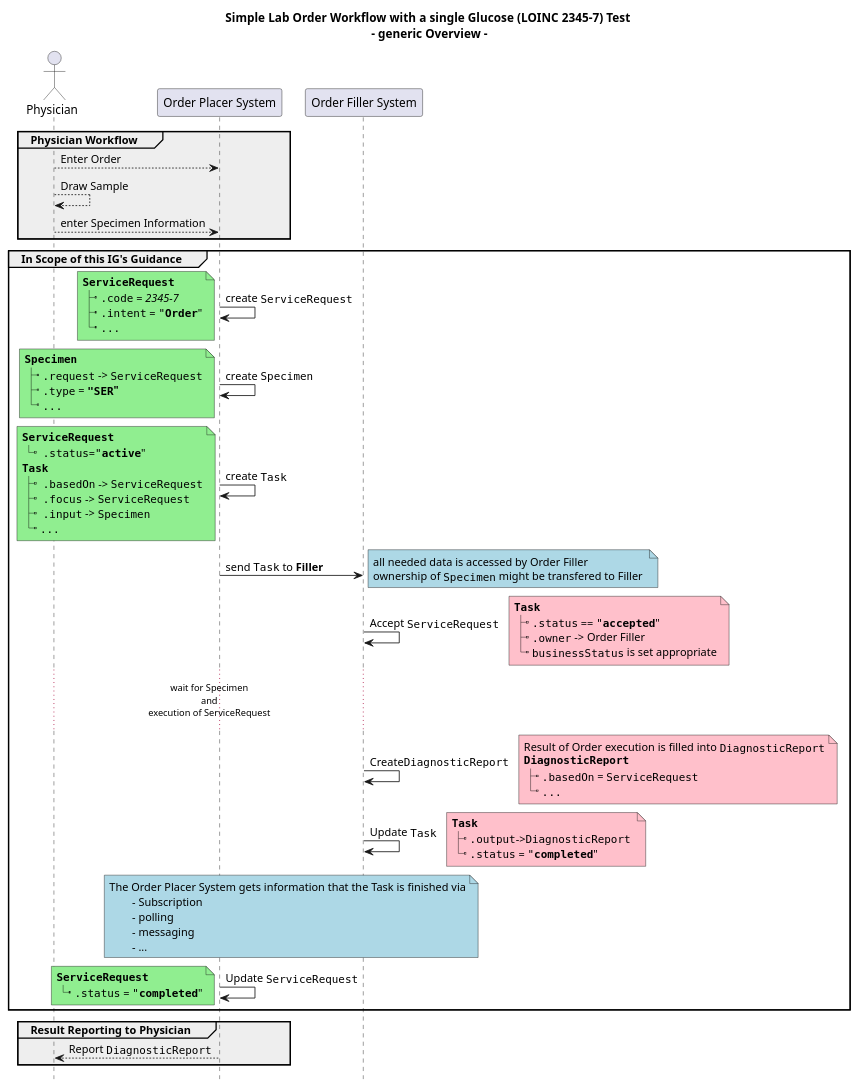
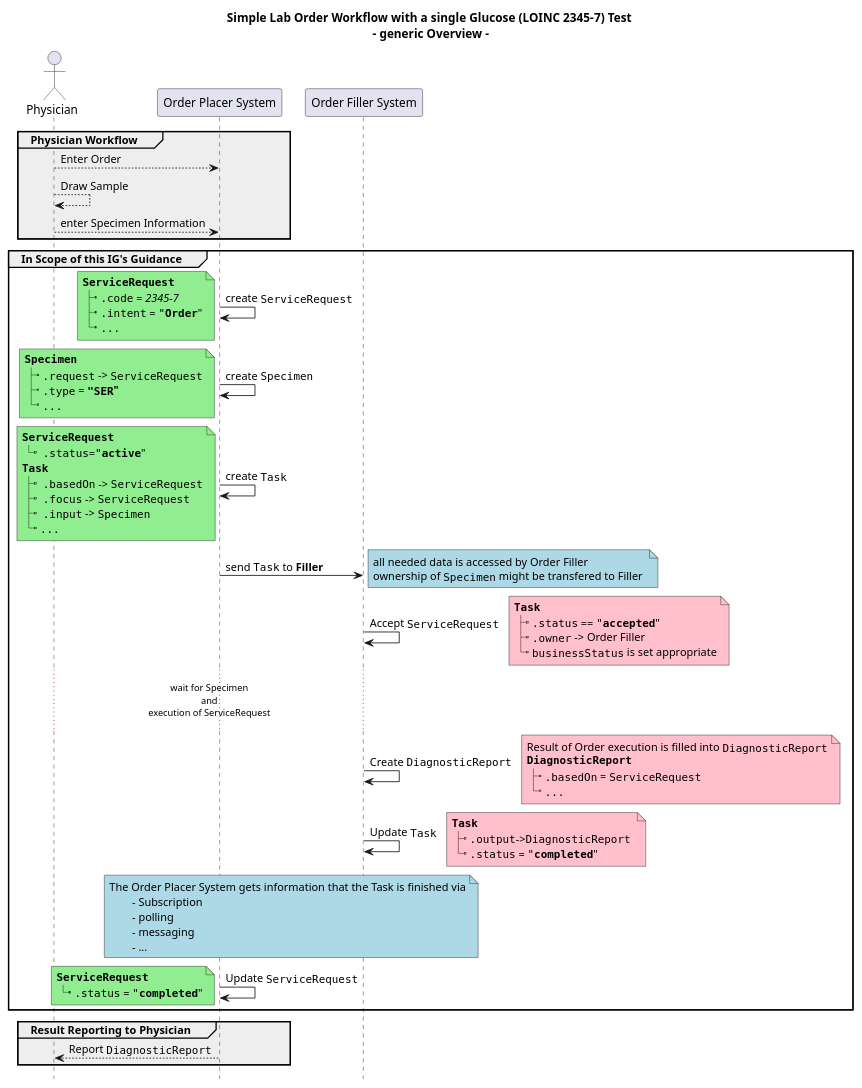
Before and after one commit to HL7/fhir-cow-ig: the diagram in input/images-source/ex1-simple-lab-order-flow.plantuml, drawn with PlantUML.

Commit message:
Update ex1-simple-lab-order-flow.plantuml
Pretty print of plantuml file

```diff
--- a/input/images-source/ex1-simple-lab-order-flow.plantuml
+++ b/input/images-source/ex1-simple-lab-order-flow.plantuml
@@ -1,114 +1,114 @@
 @startuml
 
 'skinparam sequenceMessageAlign center
 title 
 	Simple Lab Order Workflow with a single Glucose (LOINC 2345-7) Test 
 	- generic Overview -
 end title
 hide footbox
 
 'note across #turquoise
 '	**Assumptions:**
 '	- Physician knows which Specimen to draw (i.e. via an Order Catalog)
 '	- Specimen is drawn at the Physician office
 '	- It is clear which Order Filler will execute the Order
 '	- ""ServiceRequest"" is owned by the Order Placer; changes are allowed only to be done by Placer
 '	- ""Task"" is a shared resource of Placer and Filler and updated by both
 '	- Order Result is reported via ""DiagnosticReport""
 '	- ""DiagnosticReport"" is owned by the Order Filler
 '	- Order is accepted and is fulfilled 
 '	- Lab internal flow is **out of scope**
 '	- All needed data is accessible
 '	**Not defined**
 '	- Ownership of Specimen Resource (Ownership should/could/might change with the physical location)
 'end note
 
 actor Physician as Doc
 participant "Order Placer System" as Placer
 participant "Order Filler System" as Filler
 
 group #eee Physician Workflow 
-Doc --> Placer: Enter Order
-Doc --> Doc: Draw Sample
-Doc --> Placer: enter Specimen Information
+	Doc --> Placer: Enter Order
+	Doc --> Doc: Draw Sample
+	Doc --> Placer: enter Specimen Information
 end
+
 group In Scope of this IG's Guidance
-Placer -> Placer: create ""ServiceRequest"" 
 
+	Placer -> Placer: create ""ServiceRequest"" 
+	note left #lightgreen
+		**""ServiceRequest""**
+		|_ "".code"" = //2345-7//
+		|_ "".intent"" = """**Order**"""
+		|_ ""...""
+	end note
+	
+	Placer -> Placer: create ""Specimen"" 
+	note left #lightgreen
+		**""Specimen""**
+		|_ "".request"" -> ""ServiceRequest""
+		|_ "".type"" = **"""SER"""**
+		|_ ""...""
+	end note
+	
+	Placer -> Placer: create ""Task"" 
+	note left #lightgreen
+		**""ServiceRequest""**
+		|_  "".status""="""**active**"""
+		**""Task""**
+		|_  "".basedOn"" -> ""ServiceRequest""
+		|_  "".focus"" -> ""ServiceRequest""
+		|_  "".input"" -> ""Specimen""
+		|_ ""...""
+	end note 
+	
+	Placer -> Filler: send ""Task"" to **Filler** 
+	note right #lightblue
+		all needed data is accessed by Order Filler
+		ownership of ""Specimen"" might be transfered to Filler 
+	end note
 
+	Filler -> Filler: Accept ""ServiceRequest"" 
+	note right #pink
+		**""Task""**
+		|_ "".status"" == """**accepted**"""
+		|_ "".owner"" -> Order Filler
+		|_ ""businessStatus"" is set appropriate
+	end note
+	
+	... wait for Specimen \nand\nexecution of ServiceRequest... 
+	
+	Filler -> Filler: Create ""DiagnosticReport"" 
+	note right #pink
+		Result of Order execution is filled into ""DiagnosticReport""
+		**""DiagnosticReport""**
+		|_ "".basedOn"" = ""ServiceRequest""
+		|_ ""...""
+	end note
 
-note left #lightgreen
-	**""ServiceRequest""**
-	|_ "".code"" = //2345-7//
-	|_ "".intent"" = """**Order**"""
-	|_ ""...""
-end note
+	Filler -> Filler: Update ""Task""
+	note right #pink
+		**""Task""**
+		|_ "".output""->""DiagnosticReport"" 
+		|_ "".status"" = """**completed**"""
+	end note
+	
+	note over Placer, Filler #lightblue
+		The Order Placer System gets information that the Task is finished via
+			- Subscription
+			- polling
+			- messaging
+			- ...
+	end note
+	
+	Placer -> Placer: Update ""ServiceRequest"" 
+	note left #lightgreen
+		**""ServiceRequest""**
+		|_ "".status"" = """**completed**"""
+	end note
+end
 
-Placer -> Placer: create ""Specimen"" 
-note left #lightgreen
-	**""Specimen""**
-	|_ "".request"" -> ""ServiceRequest""
-	|_ "".type"" = **"""SER"""**
-	|_ ""...""
-end note
-
-Placer -> Placer: create ""Task"" 
-note left #lightgreen
-	**""ServiceRequest""**
-	|_  "".status""="""**active**"""
-	**""Task""**
-	|_  "".basedOn"" -> ""ServiceRequest""
-	|_  "".focus"" -> ""ServiceRequest""
-	|_  "".input"" -> ""Specimen""
-	|_ ""...""
-end note 
-
-Placer -> Filler: send ""Task"" to **Filler** 
-note right #lightblue
-	all needed data is accessed by Order Filler
-	ownership of ""Specimen"" might be transfered to Filler 
-end note
-Filler -> Filler: Accept ""ServiceRequest"" 
-note right #pink
-	**""Task""**
-	|_ "".status"" == """**accepted**"""
-	|_ "".owner"" -> Order Filler
-	|_ ""businessStatus"" is set appropriate
-end note
-
-... wait for Specimen \nand\nexecution of ServiceRequest... 
-
-
-Filler -> Filler: Create""DiagnosticReport"" 
-note right #pink
-	Result of Order execution is filled into ""DiagnosticReport""
-	**""DiagnosticReport""**
-	|_ "".basedOn"" = ""ServiceRequest""
-	|_ ""...""
-end note
-Filler -> Filler: Update ""Task""
-note right #pink
-	**""Task""**
-	|_ "".output""->""DiagnosticReport"" 
-	|_ "".status"" = """**completed**"""
-end note
-
-note over Placer, Filler #lightblue
-	The Order Placer System gets information that the Task is finished via
-		- Subscription
-		- polling
-		- messaging
-		- ...
-end note
-
-Placer -> Placer: Update ""ServiceRequest"" 
-note left #lightgreen
-	**""ServiceRequest""**
-	|_ "".status"" = """**completed**"""
-end note
-end
 group #eee Result Reporting to Physician
-
-Placer --> Doc: Report ""DiagnosticReport""
+	Placer --> Doc: Report ""DiagnosticReport""
 end
 @enduml
```
